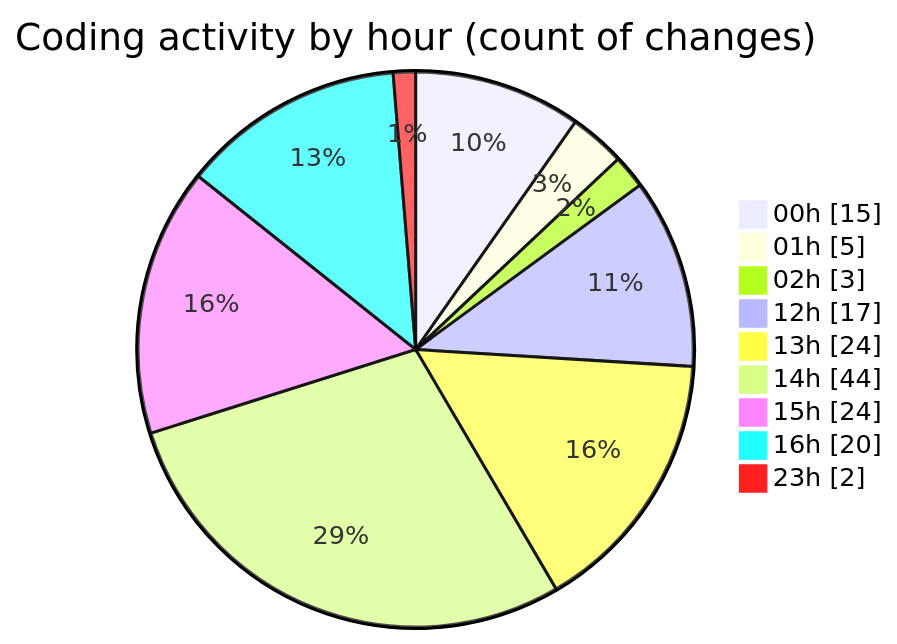
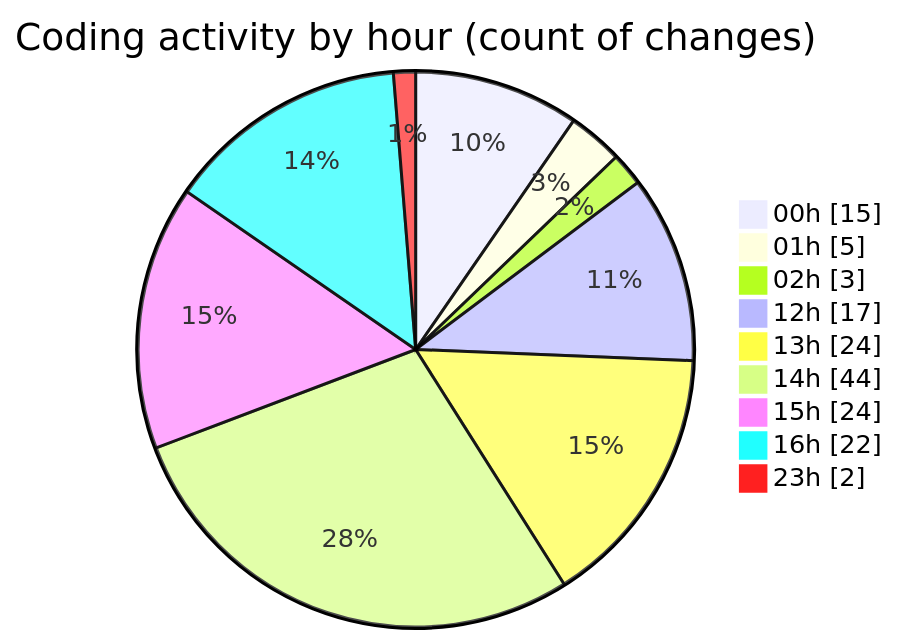
The second of 2 diagrams in 2025-08-13/rentotp/README.md (lephambinh05/code-tracking), drawn with Mermaid before and after one commit. The commit also changed other lines of this file and 1 other file, not shown here.

````diff
--- a/2025-08-13/rentotp/README.md
+++ b/2025-08-13/rentotp/README.md
@@ -53,13 +53,13 @@
 ```mermaid
 pie showData
 title Coding activity by hour (count of changes)
 "00h" : 15
 "01h" : 5
 "02h" : 3
 "12h" : 17
 "13h" : 24
 "14h" : 44
 "15h" : 24
-"16h" : 20
+"16h" : 22
 "23h" : 2
 ```
````
